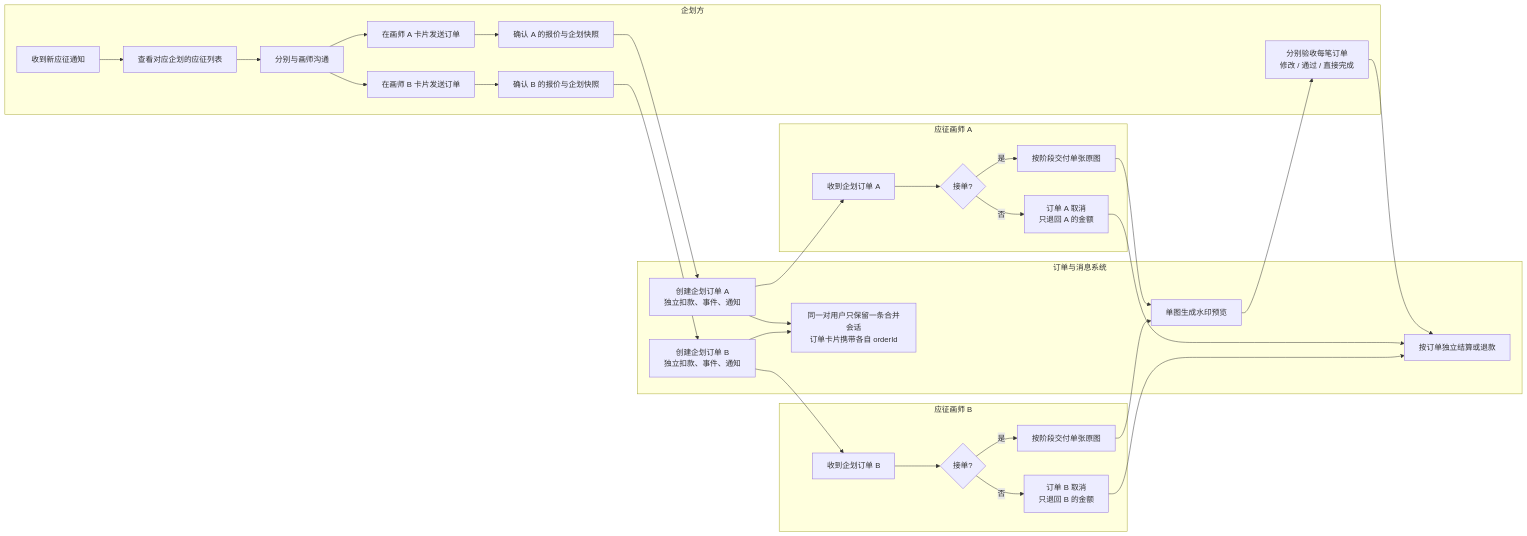
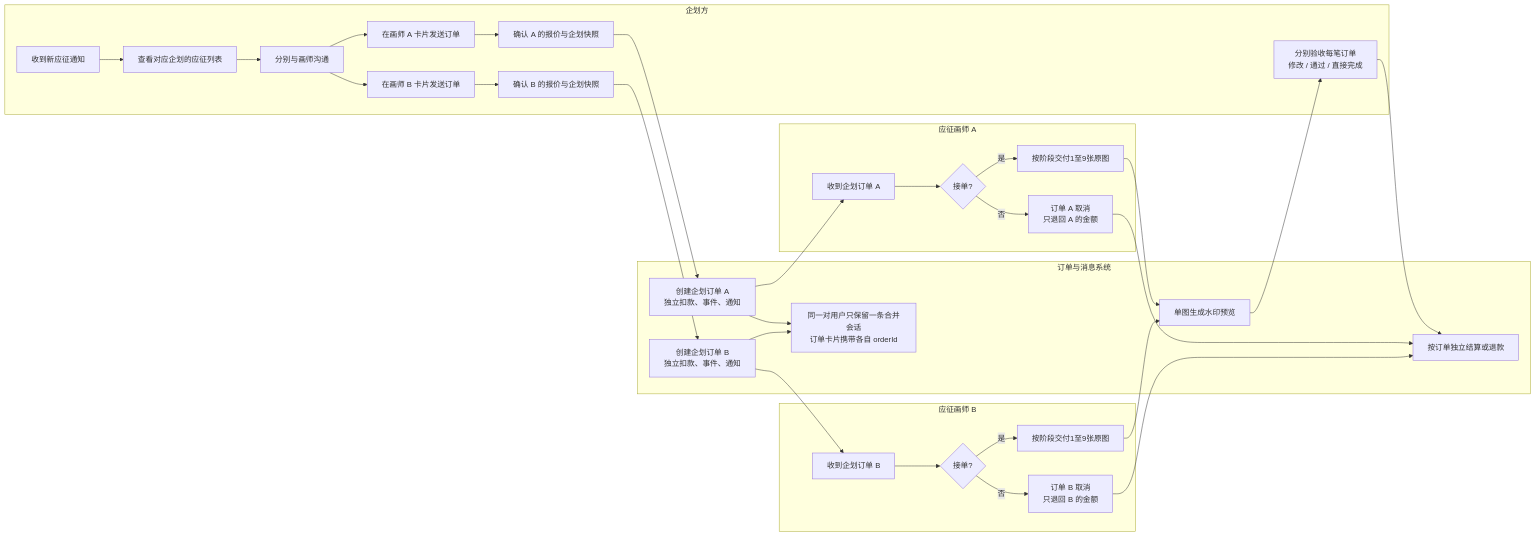
Before and after one commit to shizunana/Artiv: the diagram in docs/功能流程/企划订单多画师角色流程.mmd, drawn with Mermaid. The commit also changed other lines of this file and 19 other files, not shown here.

Commit message:
feat: 支持订单多图交付与工作台订单分流

```diff
--- a/docs/功能流程/企划订单多画师角色流程.mmd
+++ b/docs/功能流程/企划订单多画师角色流程.mmd
@@ -1,40 +1,40 @@
 flowchart LR
   subgraph Employer[企划方]
     E1[收到新应征通知] --> E2[查看对应企划的应征列表]
     E2 --> E3[分别与画师沟通]
     E3 --> E4[在画师 A 卡片发送订单]
     E3 --> E5[在画师 B 卡片发送订单]
     E4 --> E6[确认 A 的报价与企划快照]
     E5 --> E7[确认 B 的报价与企划快照]
     E8[分别验收每笔订单\n修改 / 通过 / 直接完成]
   end
 
   subgraph System[订单与消息系统]
     S1[创建企划订单 A\n独立扣款、事件、通知]
     S2[创建企划订单 B\n独立扣款、事件、通知]
     S3[同一对用户只保留一条合并会话\n订单卡片携带各自 orderId]
     S4[单图生成水印预览]
     S5[按订单独立结算或退款]
   end
 
   subgraph PainterA[应征画师 A]
     A1[收到企划订单 A] --> A2{接单?}
-    A2 -->|是| A3[按阶段交付单张原图]
+    A2 -->|是| A3[按阶段交付1至9张原图]
     A2 -->|否| A4[订单 A 取消\n只退回 A 的金额]
   end
 
   subgraph PainterB[应征画师 B]
     B1[收到企划订单 B] --> B2{接单?}
-    B2 -->|是| B3[按阶段交付单张原图]
+    B2 -->|是| B3[按阶段交付1至9张原图]
     B2 -->|否| B4[订单 B 取消\n只退回 B 的金额]
   end
 
   E6 --> S1 --> A1
   E7 --> S2 --> B1
   S1 --> S3
   S2 --> S3
   A3 --> S4 --> E8
   B3 --> S4
   E8 --> S5
   A4 --> S5
   B4 --> S5
```
